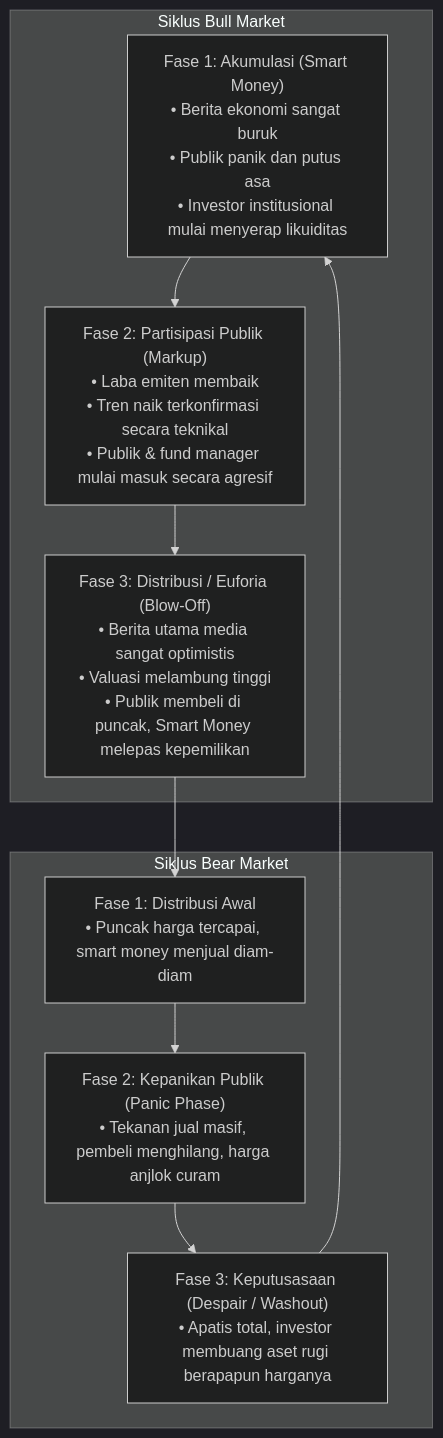
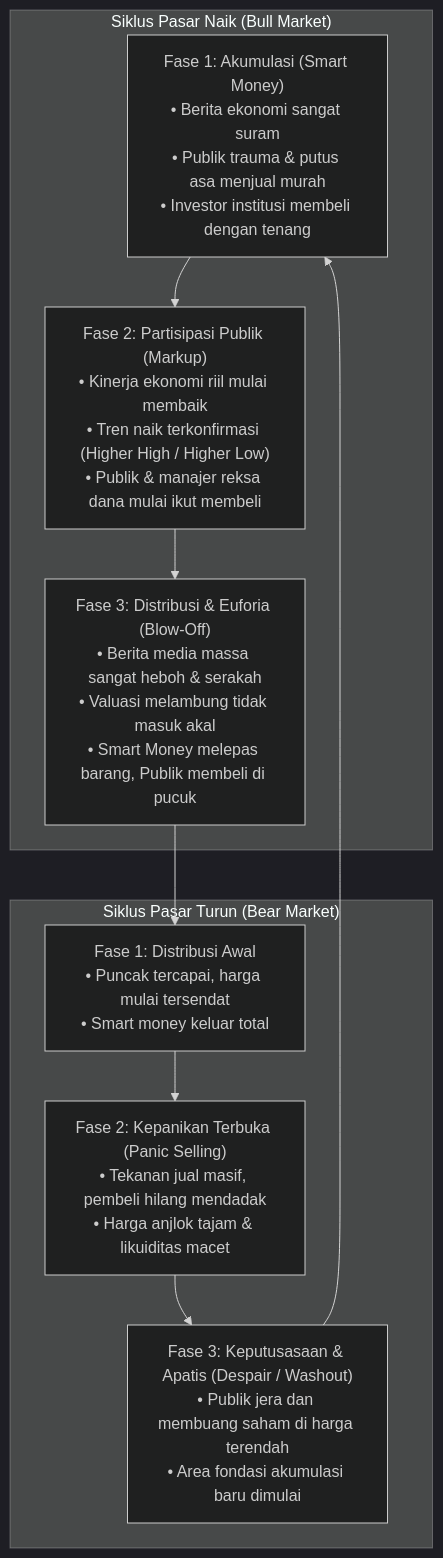
Before and after one commit to AlulCode45/Trading-Learning-Path: the third of 5 diagrams in docs/edianto-ong/17-konfrontasi-dow-theory.md, drawn with Mermaid (dark theme). The commit also changed other lines of this file and 29 other files, not shown here.

Commit message:
docs(edianto-ong): upgrade all 29 chapters with beginner analogies, diagrams, step-by-step guides, and case studies

````diff
--- a/docs/edianto-ong/17-konfrontasi-dow-theory.md
+++ b/docs/edianto-ong/17-konfrontasi-dow-theory.md
@@ -83,16 +74,16 @@
 ```mermaid
 flowchart TD
-    subgraph BullMarket["Siklus Bull Market"]
-        A1["Fase 1: Akumulasi (Smart Money)<br/>• Berita ekonomi sangat buruk<br/>• Publik panik dan putus asa<br/>• Investor institusional mulai menyerap likuiditas"]
-        A2["Fase 2: Partisipasi Publik (Markup)<br/>• Laba emiten membaik<br/>• Tren naik terkonfirmasi secara teknikal<br/>• Publik & fund manager mulai masuk secara agresif"]
-        A3["Fase 3: Distribusi / Euforia (Blow-Off)<br/>• Berita utama media sangat optimistis<br/>• Valuasi melambung tinggi<br/>• Publik membeli di puncak, Smart Money melepas kepemilikan"]
+    subgraph BullCycle["Siklus Pasar Naik (Bull Market)"]
+        F1["Fase 1: Akumulasi (Smart Money)<br/>• Berita ekonomi sangat suram<br/>• Publik trauma & putus asa menjual murah<br/>• Investor institusi membeli dengan tenang"]
+        F2["Fase 2: Partisipasi Publik (Markup)<br/>• Kinerja ekonomi riil mulai membaik<br/>• Tren naik terkonfirmasi (Higher High / Higher Low)<br/>• Publik & manajer reksa dana mulai ikut membeli"]
+        F3["Fase 3: Distribusi & Euforia (Blow-Off)<br/>• Berita media massa sangat heboh & serakah<br/>• Valuasi melambung tidak masuk akal<br/>• Smart Money melepas barang, Publik membeli di pucuk"]
     end
 
-    subgraph BearMarket["Siklus Bear Market"]
-        B1["Fase 1: Distribusi Awal<br/>• Puncak harga tercapai, smart money menjual diam-diam"]
-        B2["Fase 2: Kepanikan Publik (Panic Phase)<br/>• Tekanan jual masif, pembeli menghilang, harga anjlok curam"]
-        B3["Fase 3: Keputusasaan (Despair / Washout)<br/>• Apatis total, investor membuang aset rugi berapapun harganya"]
+    subgraph BearCycle["Siklus Pasar Turun (Bear Market)"]
+        B1["Fase 1: Distribusi Awal<br/>• Puncak tercapai, harga mulai tersendat<br/>• Smart money keluar total"]
+        B2["Fase 2: Kepanikan Terbuka (Panic Selling)<br/>• Tekanan jual masif, pembeli hilang mendadak<br/>• Harga anjlok tajam & likuiditas macet"]
+        B3["Fase 3: Keputusasaan & Apatis (Despair / Washout)<br/>• Publik jera dan membuang saham di harga terendah<br/>• Area fondasi akumulasi baru dimulai"]
     end
 
-    A1 --> A2 --> A3 --> B1 --> B2 --> B3 --> A1
+    F1 --> F2 --> F3 --> B1 --> B2 --> B3 --> F1
 ```
````
